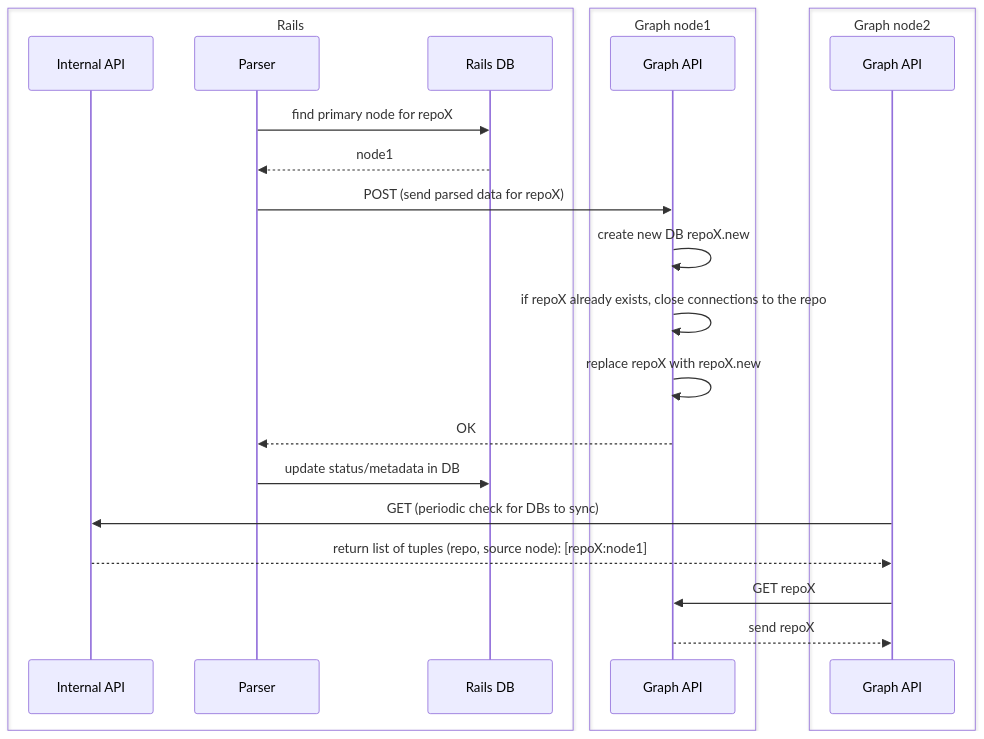
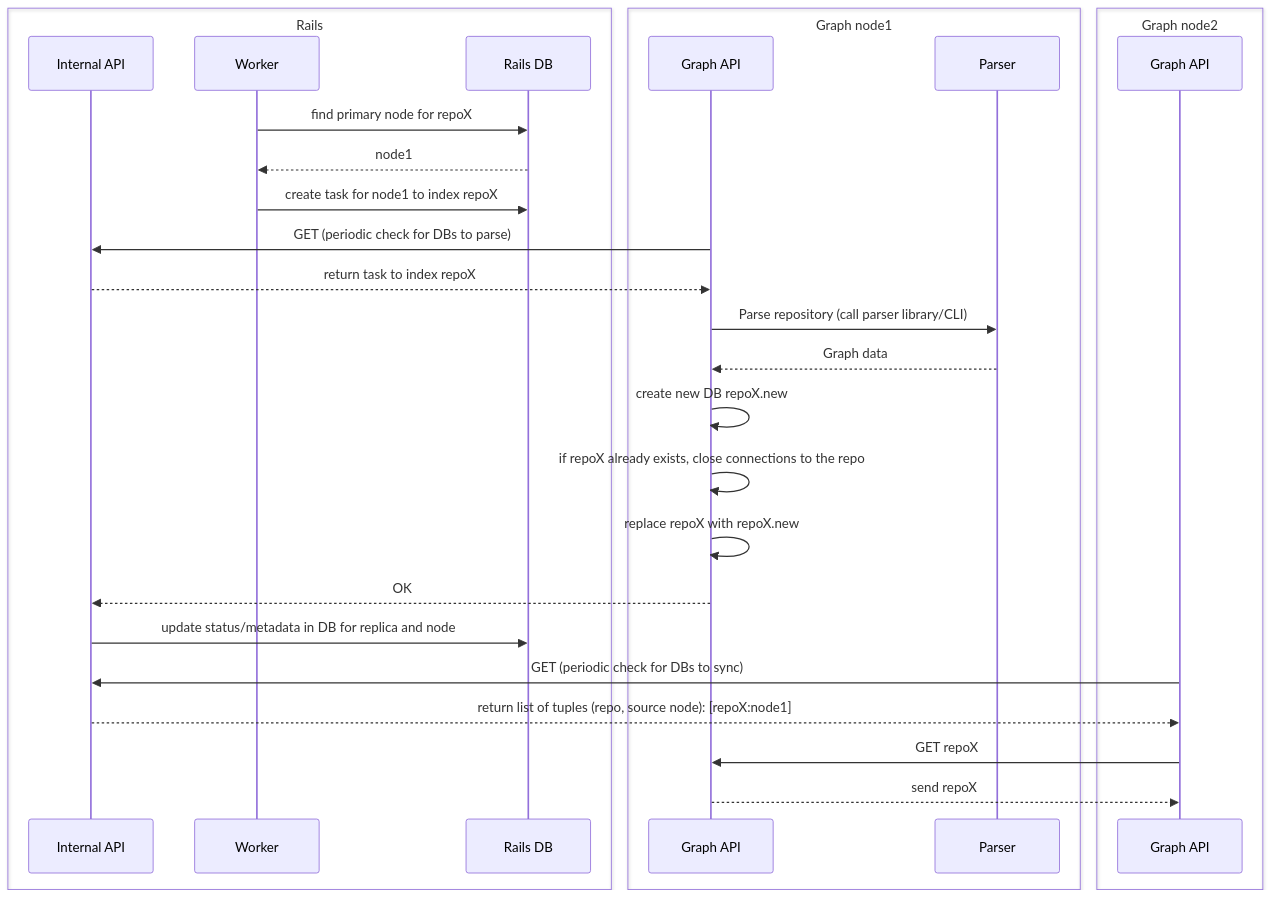
One commit to zalyoung/gitlab-handbook changed the third of 4 diagrams in content/handbook/engineering/architecture/design-documents/knowledge_graph/_index.md. Above: the diagram before and after it, drawn with Mermaid. The commit also changed other lines of this file, not shown here.

First line of the commit message:
Update knowledge graph document

````diff
--- a/content/handbook/engineering/architecture/design-documents/knowledge_graph/_index.md
+++ b/content/handbook/engineering/architecture/design-documents/knowledge_graph/_index.md
@@ -219,26 +295,31 @@
 ```mermaid
 sequenceDiagram
     box Rails
     participant A as Internal API
-    participant P as Parser
+    participant W as Worker
     participant DB as Rails DB
     end
     box Graph node1
     participant G as Graph API
+    participant P as Parser
     end
     box Graph node2
     participant G2 as Graph API
     end
-    P->>DB: find primary node for repoX
-    DB-->>P: node1
-    P->>G: POST (send parsed data for repoX)
+    W->>DB: find primary node for repoX
+    DB-->>W: node1
+    W->>DB: create task for node1 to index repoX
+    G->>A: GET (periodic check for DBs to parse)
+    A-->>G: return task to index repoX
+    G->>P: Parse repository (call parser library/CLI)
+    P-->>G: Graph data
     G->>G: create new DB repoX.new
     G->>G: if repoX already exists, close connections to the repo
     G->>G: replace repoX with repoX.new
-    G-->>P: OK
-    P->>DB: update status/metadata in DB
+    G-->>A: OK
+    A->>DB: update status/metadata in DB for replica and node
     G2->>A: GET (periodic check for DBs to sync)
     A-->>G2: return list of tuples (repo, source node): [repoX:node1]
     G2->>G: GET repoX
     G-->>G2: send repoX
 ```
````
